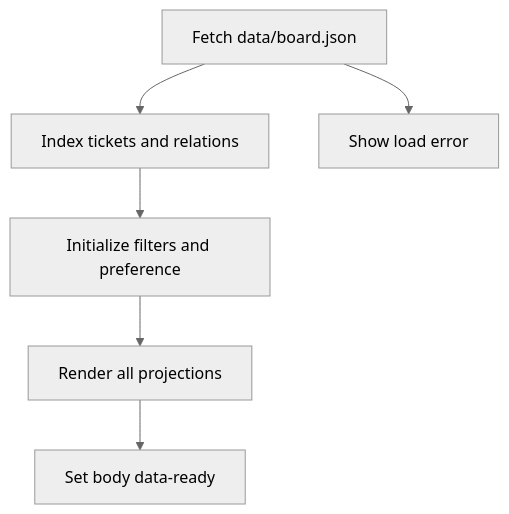
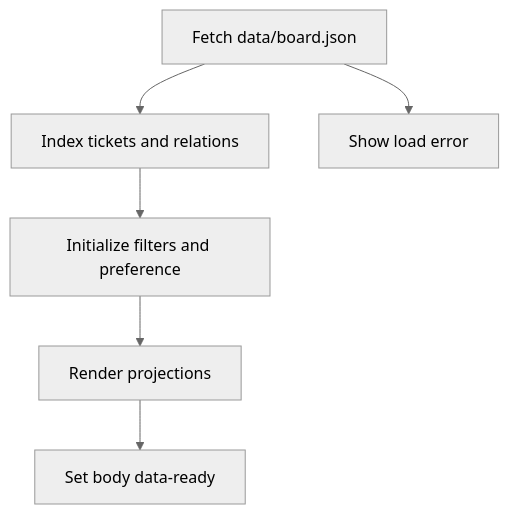
One commit to maximofn/gymnasia changed the second of 3 diagrams in openwiki/services/architecture-board.md. Above: the diagram before and after it, drawn with Mermaid (neutral theme). The commit also changed other lines of this file and 16 other files, not shown here.

````diff
--- a/openwiki/services/architecture-board.md
+++ b/openwiki/services/architecture-board.md
@@ -90,8 +95,8 @@
 ```mermaid
 flowchart TD
     Fetch["Fetch data/board.json"] --> Index["Index tickets and relations"]
     Index --> Setup["Initialize filters and preference"]
-    Setup --> Render["Render all projections"]
+    Setup --> Render["Render projections"]
     Render --> Ready["Set body data-ready"]
     Fetch --> Failure["Show load error"]
 ```
````
